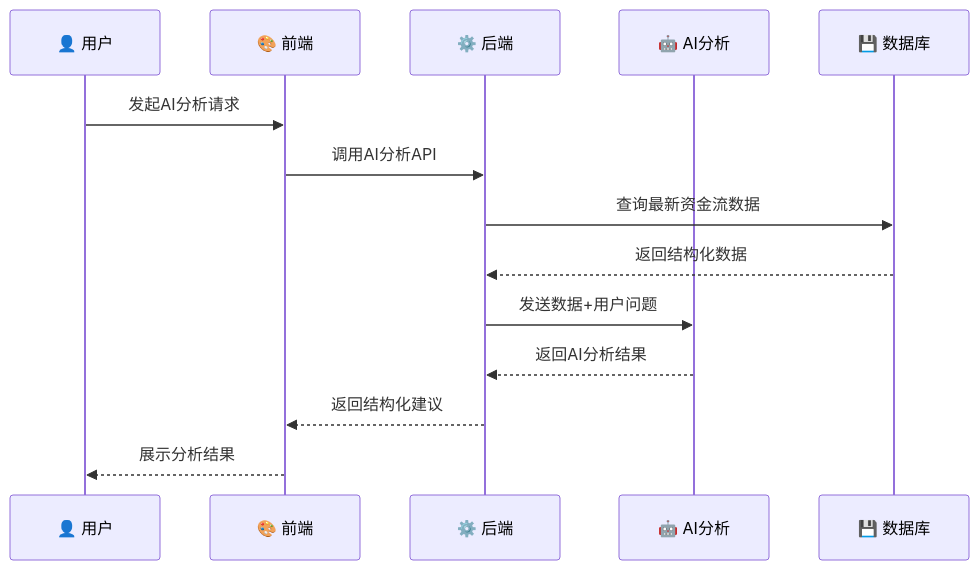
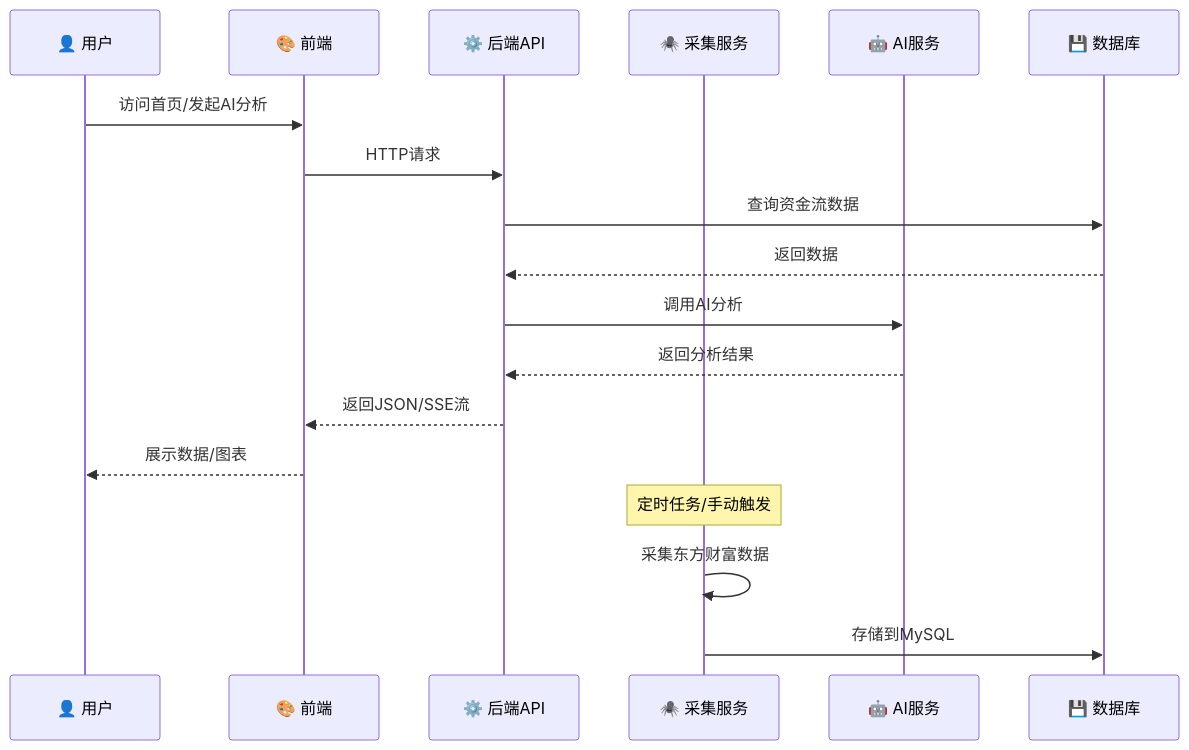
The second of 2 diagrams in README.md (RedMoonnn/Financial_Program), drawn with Mermaid before and after one commit. The commit also changed other lines of this file and 3 other files, not shown here.

````diff
--- a/README.md
+++ b/README.md
@@ -138,17 +186,22 @@
 ```mermaid
 sequenceDiagram
     participant U as 👤 用户
     participant F as 🎨 前端
-    participant B as ⚙️ 后端
-    participant AI as 🤖 AI分析
+    participant B as ⚙️ 后端API
+    participant C as 🕷️ 采集服务
+    participant AI as 🤖 AI服务
     participant DB as 💾 数据库
 
-    U->>F: 发起AI分析请求
-    F->>B: 调用AI分析API
-    B->>DB: 查询最新资金流数据
-    DB-->>B: 返回结构化数据
-    B->>AI: 发送数据+用户问题
-    AI-->>B: 返回AI分析结果
-    B-->>F: 返回结构化建议
-    F-->>U: 展示分析结果
+    U->>F: 访问首页/发起AI分析
+    F->>B: HTTP请求
+    B->>DB: 查询资金流数据
+    DB-->>B: 返回数据
+    B->>AI: 调用AI分析
+    AI-->>B: 返回分析结果
+    B-->>F: 返回JSON/SSE流
+    F-->>U: 展示数据/图表
+
+    Note over C: 定时任务/手动触发
+    C->>C: 采集东方财富数据
+    C->>DB: 存储到MySQL
 ```
````
